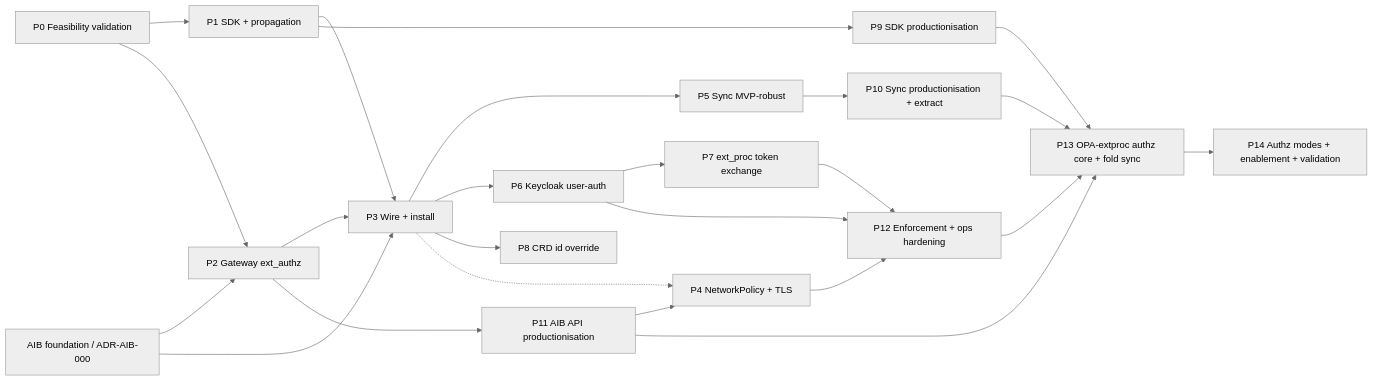
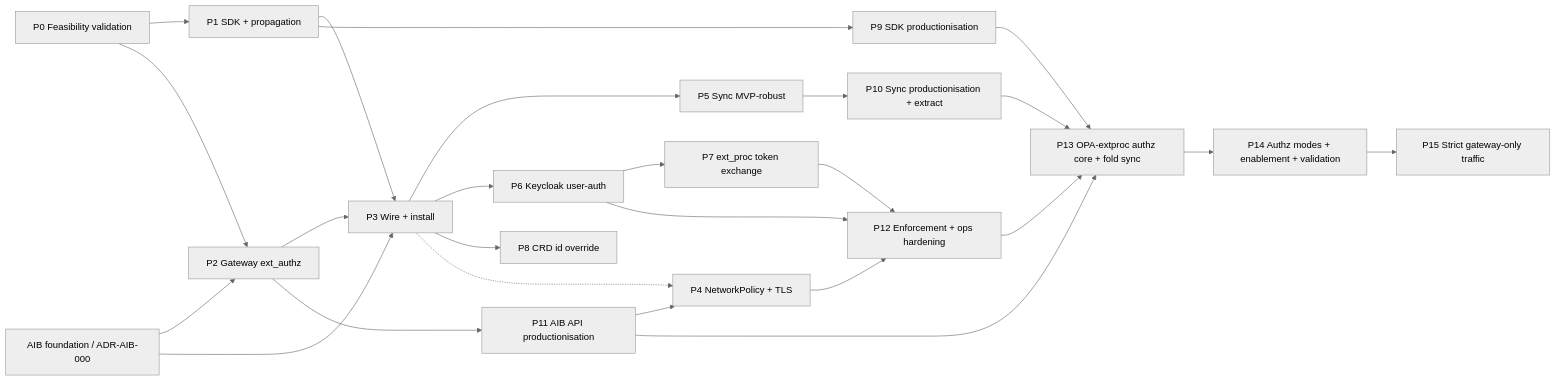
The diagram in security-and-identity/plan/proposed-split.md (axsaucedo/kaos-adrs), drawn with Mermaid (neutral theme) before and after one commit. The commit also changed other lines of this file and 2 other files, not shown here.

First line of the commit message:
docs(security): reinstate strict gateway-only traffic as phase P15 in the stacked authorization series

````diff
--- a/security-and-identity/plan/proposed-split.md
+++ b/security-and-identity/plan/proposed-split.md
@@ -228,26 +238,27 @@
 ```mermaid
 graph LR
   P0[P0 Feasibility validation] --> P1[P1 SDK + propagation]
   P0 --> P2[P2 Gateway ext_authz]
   F[AIB foundation / ADR-AIB-000] --> P2
   F --> P3[P3 Wire + install]
   P1 --> P3
   P2 --> P3
   P3 --> P5[P5 Sync MVP-robust]
   P3 --> P6[P6 Keycloak user-auth]
   P3 --> P8[P8 CRD id override]
   P6 --> P7[P7 ext_proc token exchange]
   P1 --> P9[P9 SDK productionisation]
   P5 --> P10[P10 Sync productionisation + extract]
   P2 --> P11[P11 AIB API productionisation]
   P11 --> P4[P4 NetworkPolicy + TLS]
   P3 -.-> P4
   P4 --> P12[P12 Enforcement + ops hardening]
   P6 --> P12
   P7 --> P12
   P9 --> P13
   P10 --> P13
   P11 --> P13
   P12 --> P13[P13 OPA-extproc authz core + fold sync]
   P13 --> P14[P14 Authz modes + enablement + validation]
+  P14 --> P15[P15 Strict gateway-only traffic]
 ```
````
